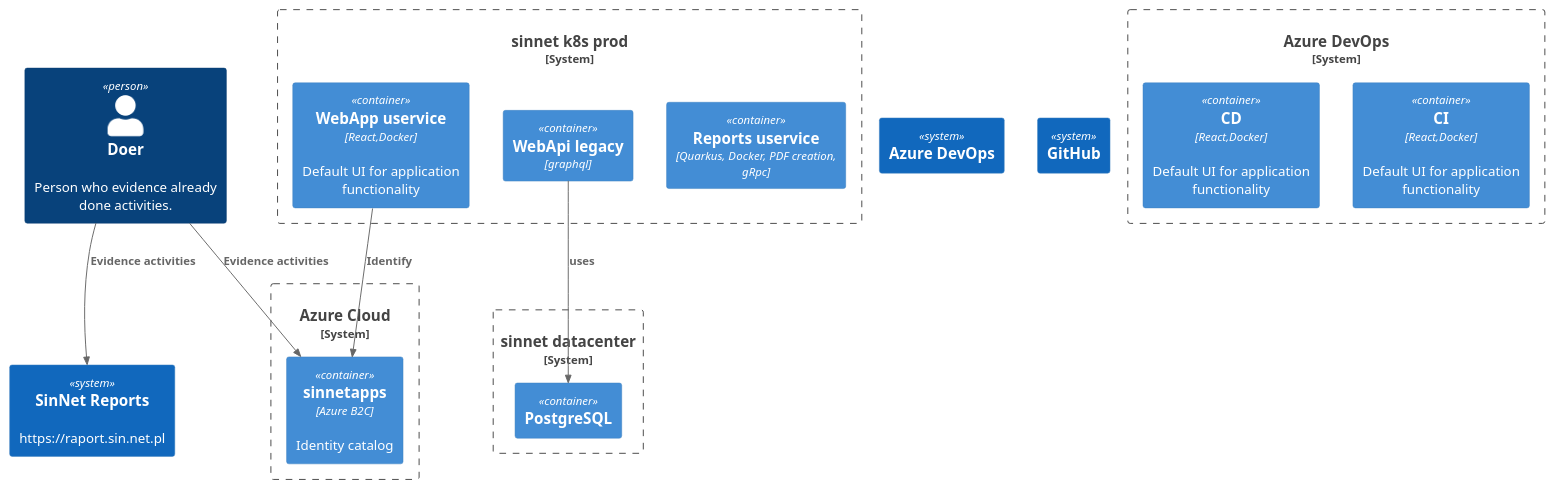
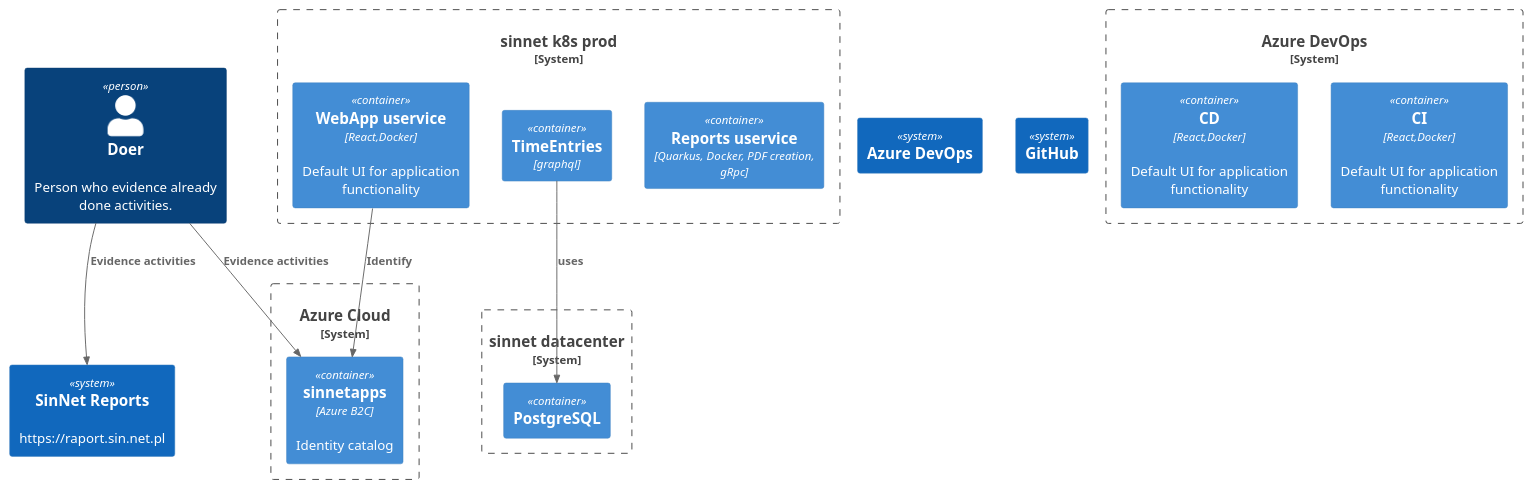
The diagram in .docs/Business.puml (onlexnet/sin-net-reports), drawn with PlantUML before and after one commit. The commit also changed 19 other files, not shown here.

```diff
--- a/.docs/Business.puml
+++ b/.docs/Business.puml
@@ -1,33 +1,33 @@
 @startuml C4_Elements
 !include https://raw.githubusercontent.com/plantuml-stdlib/C4-PlantUML/master/C4_Container.puml
 
 Person(doerAlias, "Doer", "Person who evidence already done activities.")
 System(systemAlias, "SinNet Reports", "https://raport.sin.net.pl")
 System(devopsAlias, "Azure DevOps")
 System(githubAlias, "GitHub")
 Rel(doerAlias, systemAlias, "Evidence activities")
 
 System_Boundary(sinnetK8sProd, "sinnet k8s prod") {
   Container(ReportContainer, "Reports uservice", "Quarkus, Docker, PDF creation, gRpc")
   Container(WebAppContainer, "WebApp uservice", "React,Docker", "Default UI for application functionality")
-  Container(webApiLegacyContainer, "WebApi legacy", "graphql")
+  Container(TimeEntries, "TimeEntries", "graphql")
 }
 
 System_Boundary(sinnetDatacenter, "sinnet datacenter") {
   Container(postgresql, "PostgreSQL")
 }
 
 System_Boundary(azureDevops, "Azure DevOps") {
   Container(DevOpsCI, "CI", "React,Docker", "Default UI for application functionality")
   Container(DevOpsCD, "CD", "React,Docker", "Default UI for application functionality")
 }
 
 System_Boundary(azureCloud, "Azure Cloud") {
   Container(sinnetB2C, "sinnetapps", "Azure B2C", "Identity catalog")
 }
 
 Rel(doerAlias, sinnetB2C, "Evidence activities")
 Rel(WebAppContainer, sinnetB2C, "Identify")
-Rel(webApiLegacyContainer, postgresql, "uses")
+Rel(TimeEntries, postgresql, "uses")
 
 @enduml
```
